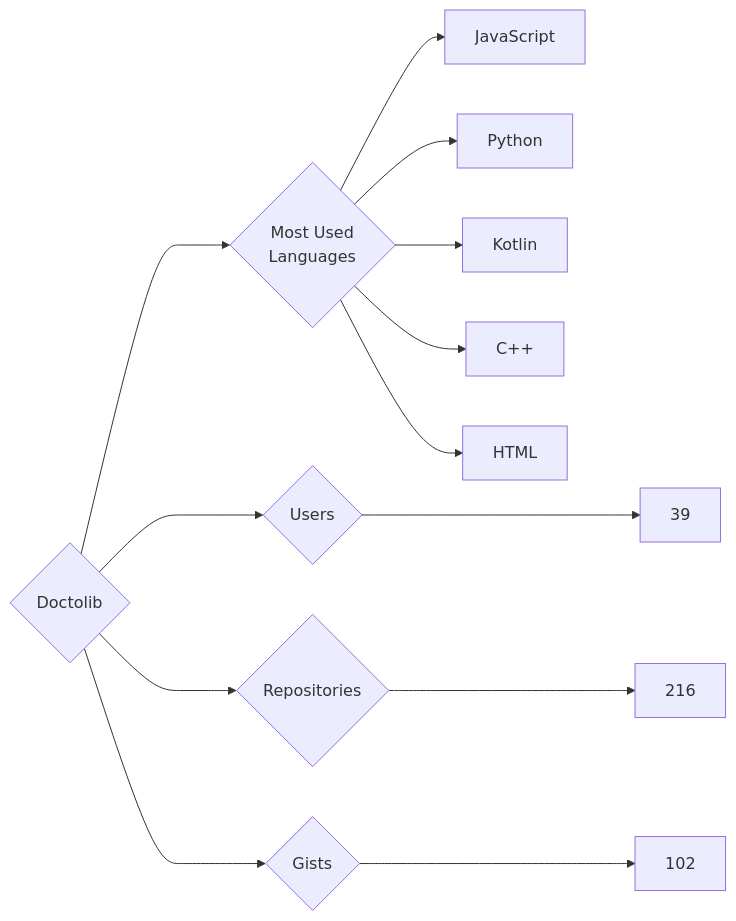
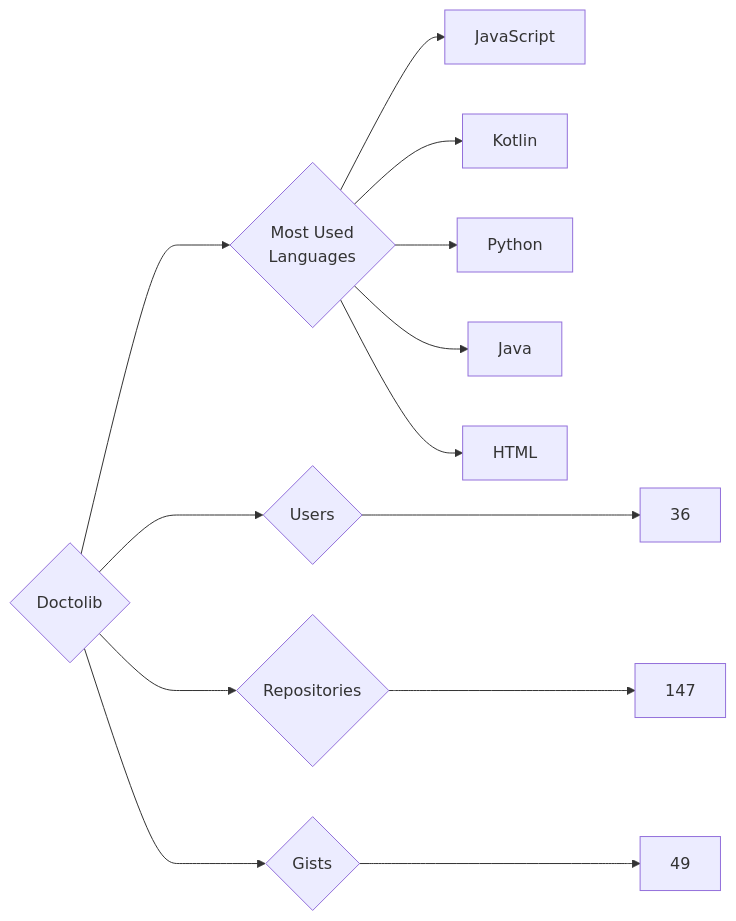
Before and after one commit to trickest/insiders: the diagram in targets/Doctolib/README.md, drawn with Mermaid. The commit also changed 938 other files, not shown here.

````diff
--- a/targets/Doctolib/README.md
+++ b/targets/Doctolib/README.md
@@ -3,13 +3,13 @@
 ```mermaid
 graph LR
 COMPANY_NAME{Doctolib}
-COMPANY_NAME ---> U{Users} ---> UN[39]
-COMPANY_NAME ---> R{Repositories} ---> RN[216]
-COMPANY_NAME ---> G{Gists} ---> GN[102]
+COMPANY_NAME ---> U{Users} ---> UN[36]
+COMPANY_NAME ---> R{Repositories} ---> RN[147]
+COMPANY_NAME ---> G{Gists} ---> GN[49]
 COMPANY_NAME ---> ML{Most Used<br>Languages}
 ML --> JavaScript[JavaScript]
+ML --> Kotlin[Kotlin]
 ML --> Python[Python]
-ML --> Kotlin[Kotlin]
-ML --> C++[C++]
+ML --> Java[Java]
 ML --> HTML[HTML]
 ```
````
